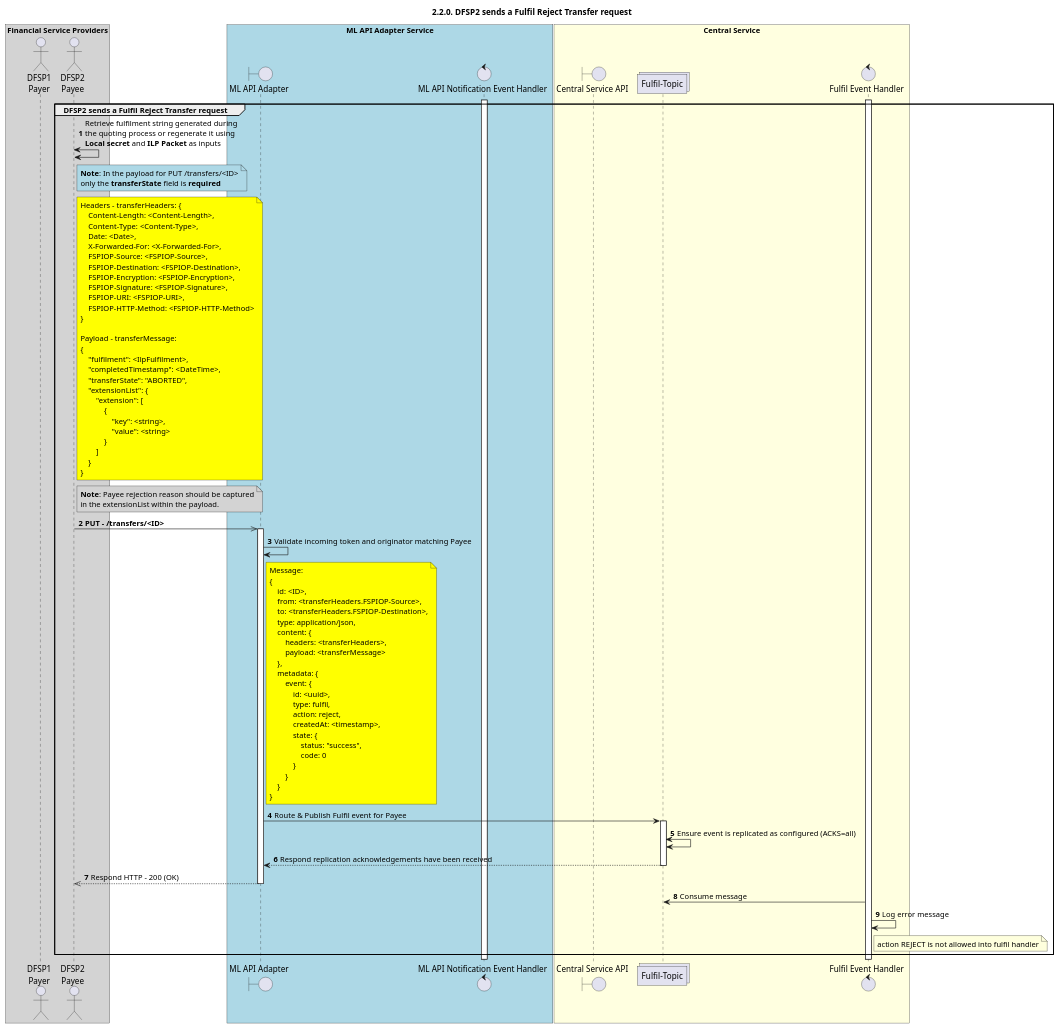
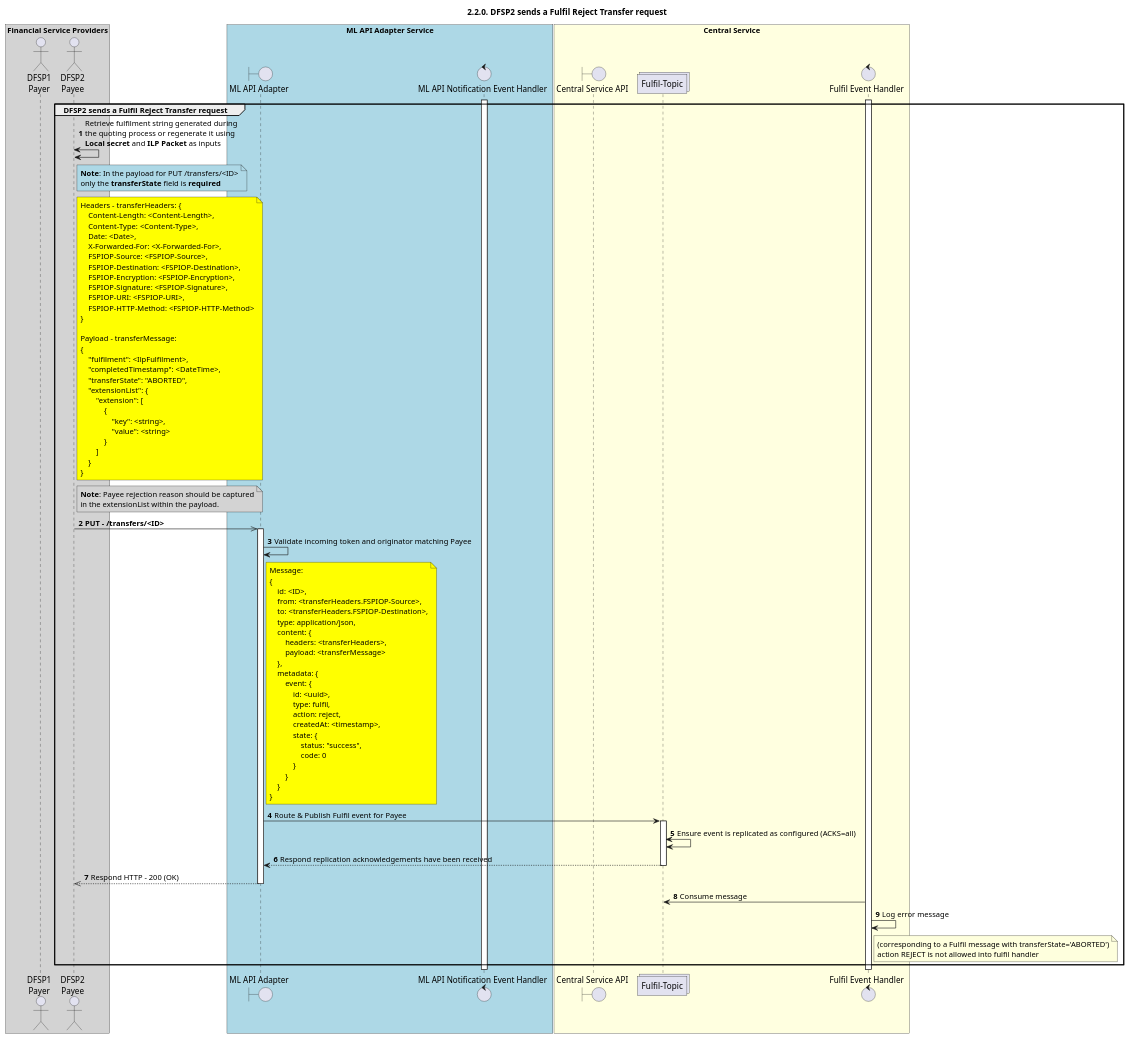
One commit to mojaloop/documentation changed the diagram in mojaloop-technical-overview/central-ledger/assets/diagrams/sequence/seq-reject-2.2.0-v1.1.plantuml. Above: the diagram before and after it, drawn with PlantUML.

Commit message:
added some clarification text

```diff
--- a/mojaloop-technical-overview/central-ledger/assets/diagrams/sequence/seq-reject-2.2.0-v1.1.plantuml
+++ b/mojaloop-technical-overview/central-ledger/assets/diagrams/sequence/seq-reject-2.2.0-v1.1.plantuml
@@ -26,126 +26,126 @@
 @startuml
 ' declate title
 title 2.2.0. DFSP2 sends a Fulfil Reject Transfer request
 
 autonumber
 
 ' Actor Keys:
 '   boundary - APIs/Interfaces, etc
 '   collections - Kafka Topics
 '   control - Kafka Consumers
 '   entity - Database Access Objects
 '   database - Database Persistance Store
 
 ' declare actors
 actor "DFSP1\nPayer" as DFSP1
 actor "DFSP2\nPayee" as DFSP2
 boundary "ML API Adapter" as MLAPI
 control "ML API Notification Event Handler" as NOTIFY_HANDLER
 boundary "Central Service API" as CSAPI
 collections "Fulfil-Topic" as TOPIC_FULFIL
 control "Fulfil Event Handler" as FULF_HANDLER
 
 ' collections "topic-transfer-position" as TOPIC_TRANSFER_POSITION
 ' control "Position Event Handler" as POS_HANDLER
 ' collections "Event-Topic" as TOPIC_EVENTS
 ' collections "Notification-Topic" as TOPIC_NOTIFICATIONS
 
 box "Financial Service Providers" #lightGray
 	participant DFSP1
 	participant DFSP2
 end box
 
 box "ML API Adapter Service" #LightBlue
 	participant MLAPI
 	participant NOTIFY_HANDLER
 end box
 
 box "Central Service" #LightYellow
     participant CSAPI
 	participant TOPIC_FULFIL
     participant FULF_HANDLER
 end box
 
 ' start flow
 activate NOTIFY_HANDLER
 activate FULF_HANDLER
 group DFSP2 sends a Fulfil Reject Transfer request
     DFSP2 <-> DFSP2: Retrieve fulfilment string generated during\nthe quoting process or regenerate it using\n**Local secret** and **ILP Packet** as inputs
     note right of DFSP2 #lightblue
         **Note**: In the payload for PUT /transfers/<ID>
         only the **transferState** field is **required**
     end note
     note right of DFSP2 #yellow
         Headers - transferHeaders: {
             Content-Length: <Content-Length>,
             Content-Type: <Content-Type>,
             Date: <Date>,
             X-Forwarded-For: <X-Forwarded-For>,
             FSPIOP-Source: <FSPIOP-Source>,
             FSPIOP-Destination: <FSPIOP-Destination>,
             FSPIOP-Encryption: <FSPIOP-Encryption>,
             FSPIOP-Signature: <FSPIOP-Signature>,
             FSPIOP-URI: <FSPIOP-URI>,
             FSPIOP-HTTP-Method: <FSPIOP-HTTP-Method>
         }
 
         Payload - transferMessage:
         {
             "fulfilment": <IlpFulfilment>,
             "completedTimestamp": <DateTime>,
             "transferState": "ABORTED",
             "extensionList": {
                 "extension": [
                     {
                         "key": <string>,
                         "value": <string>
                     }
                 ]
             }
         }
     end note
     note right of DFSP2 #lightgray
         **Note**: Payee rejection reason should be captured
         in the extensionList within the payload.
     end note
     DFSP2 ->> MLAPI: **PUT - /transfers/<ID>**
     
     activate MLAPI
     MLAPI -> MLAPI: Validate incoming token and originator matching Payee
     note right of MLAPI #yellow
         Message:
         {
             id: <ID>,
             from: <transferHeaders.FSPIOP-Source>,
             to: <transferHeaders.FSPIOP-Destination>,
             type: application/json,
             content: {
                 headers: <transferHeaders>,
                 payload: <transferMessage>
             },
             metadata: {
                 event: {
                     id: <uuid>,
                     type: fulfil,
                     action: reject,
                     createdAt: <timestamp>,
                     state: {
                         status: "success",
                         code: 0
                     }
                 }
             }
         }
     end note
     MLAPI -> TOPIC_FULFIL: Route & Publish Fulfil event for Payee
     activate TOPIC_FULFIL
     TOPIC_FULFIL <-> TOPIC_FULFIL: Ensure event is replicated as configured (ACKS=all)
     TOPIC_FULFIL --> MLAPI: Respond replication acknowledgements have been received
     deactivate TOPIC_FULFIL
     MLAPI -->> DFSP2: Respond HTTP - 200 (OK)
     deactivate MLAPI
     TOPIC_FULFIL <- FULF_HANDLER: Consume message
     FULF_HANDLER -> FULF_HANDLER: Log error message
-    note right of FULF_HANDLER: action REJECT is not allowed into fulfil handler
+    note right of FULF_HANDLER: (corresponding to a Fulfil message with transferState='ABORTED')\naction REJECT is not allowed into fulfil handler
 end
 @enduml
```
